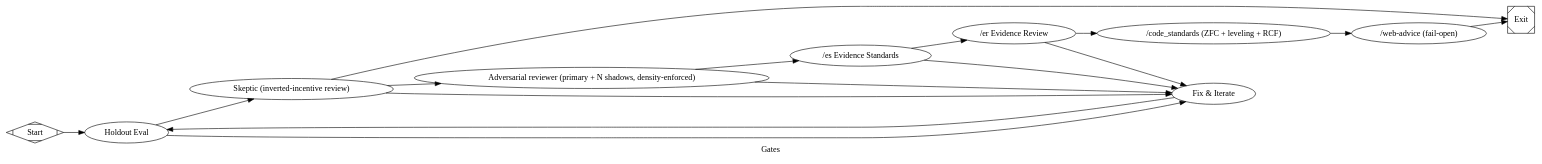
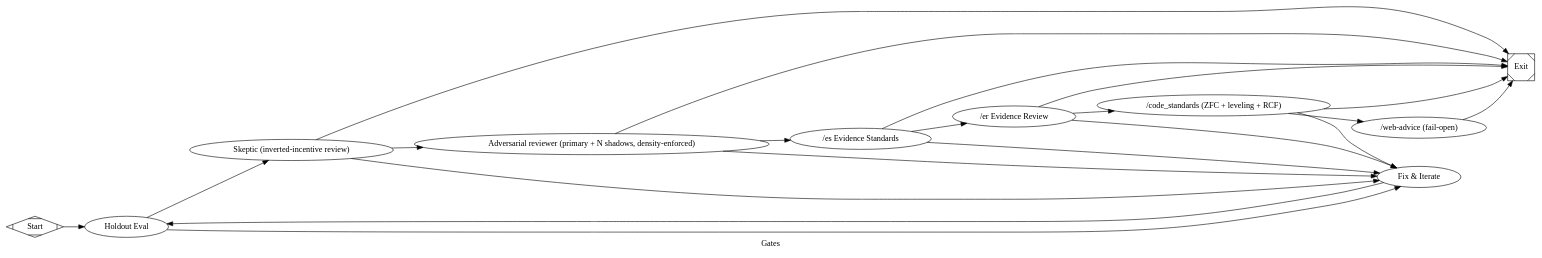
Before and after one commit to jleechanorg/dark-factory: the diagram in pipelines/factory/gates.dot, drawn with Graphviz. The commit also changed 17 other files, not shown here.

First line of the commit message:
fix(factory): fix node must only fire on an actionable finding [claude][claude-sonnet-5] (#832)

```diff
--- a/pipelines/factory/gates.dot
+++ b/pipelines/factory/gates.dot
@@ -1,130 +1,154 @@
 digraph gates {
     graph [
         goal="Full validation: holdout + 3 adversarial gates."
         level5="true"
         label="Gates"
         skip_explore="true"
         skip_plan="true"
         skip_implement="true"
     ]
     rankdir=LR
 
     start [shape=Mdiamond, label="Start"]
     exit  [shape=Msquare,  label="Exit"]
 
     holdout         [type="holdout_eval",        label="Holdout Eval", feature="hello", timeout=600]
     gate_skeptic [
         type="gate_skeptic",
         label="Skeptic (inverted-incentive review)",
         backend_priority="codex,minimax,agy,claude-sonnet",
         prefer_adversarial="true",
         max_retries=2,
         timeout=600
     ]
     adversarial_reviewer [
         type="parallel_reviewer",
         label="Adversarial reviewer (primary + N shadows, density-enforced)",
         review_contract="cold-review-v1",
         prompt="@prompts/slim/review_phase5_shadow.md",
         backend_priority="minimax,agy,codex,claude-sonnet",
         prefer_adversarial="true",
         n_shadows="3",
         gate_strict="true",
         receipt_required="true",
         timeout=600
     ]
     gate_es [
         type="gate_es",
         label="/es Evidence Standards",
         backend_priority="codex,minimax,agy,claude-sonnet",
         prefer_adversarial="true",
         gate_strict="true",
         timeout=600
     ]
     gate_er [
         type="gate_er",
         label="/er Evidence Review",
         backend_priority="codex,minimax,agy,claude-sonnet",
         prefer_adversarial="true",
         gate_strict="true",
         timeout=600
     ]
     gate_cs [
         type="gate_code_standards",
         label="/code_standards (ZFC + leveling + RCF)",
         backend_priority="codex,minimax,agy,claude-sonnet",
         prefer_adversarial="true",
         gate_strict="true",
         timeout=600
     ]
 
     // /web-advice fail-open advisory node
     web_advice [
         type="web_advice",
         label="/web-advice (fail-open)",
         prompt="@prompts/web_advice.txt",
         backend="claude",
         timeout=900,
         min_diff_lines="5",
         transport="auto",
         decision="continue",
         fail_open="true",
         description="Multi-model browser review (gemini/grok/chatgpt/perplexity) via real authenticated browser sessions. FAIL-OPEN: never blocks. Signal goes to CXDB + PR comment."
     ]
 
     // Bounded fix loop: any reviewer verdict other than success routes here
     // so the run can iterate on the artifact rather than terminating on a
     // first failure (per factory-evolve G2 fix-loop contract).
     fix [
         type="codergen",
         label="Fix & Iterate",
         class="fix",
         prompt="@prompts/slim/fix.md",
         max_visits="3",
         timeout=600
     ]
 
+    // dark-factory#828: `fix` must only fire on an actionable finding, not
+    // a gate that produced no real verdict at all or hit an infra problem
+    // — routing either there let the coder improvise destructively with a
+    // live PR checked out (real incident, 2026-08-30). Two distinct
+    // mechanisms below because gate_skeptic (bespoke RuleLoader/
+    // VerifierDispatcher implementation in
+    // runner/handler_universal_prompts.py) and the other four gates
+    // (route through runner/handler_verdict.py's `_parse_verdict` via
+    // `_run_gate_once`) are different code paths with different "no real
+    // verdict" signals:
+    //   - gate_skeptic: the `no_verdict=true` metadata flag (see the
+    //     comment just above its edges).
+    //   - adversarial_reviewer / gate_es / gate_er / gate_cs: a null/
+    //     unparseable verdict (e.g. `VERDICT: None`) normalizes to
+    //     outcome=error, NOT failure, in `_parse_verdict` — same bucket as
+    //     a genuine infra problem (backend missing, subprocess crash,
+    //     SHA-echo mismatch). Both route straight to exit — same "stop,
+    //     don't act" contract already used by web_advice's fail-open edge
+    //     below.
     start -> holdout
     holdout -> gate_skeptic [condition="outcome=success"]
     holdout -> fix         [condition="outcome!=success"]
 
     // Issue #827 Defect 1: a null/unparseable verdict is scored as its own
     // `inconclusive` outcome (see runner/handler_universal_prompts.py
     // _gate_skeptic), distinct from a real `failure` rejection. It is
     // retried up to `max_retries` times above (in-node, no extra graph
     // steps); if still inconclusive after that, there is no finding for
     // `fix` to act on, so this routes straight to `exit` instead — the
     // `_exit` handler (runner/handler_core.py) propagates a non-success
     // predecessor outcome rather than masking it as a pass, so
     // `final_outcome` never reads as a false "success"/"pass".
     //
     // The condition below matches on the `no_verdict` metadata flag, NOT
     // on `outcome=inconclusive` directly: the engine's
     // `_run_single_node` normalizes every Result's `.outcome` through
     // `_classify_outcome` before any edge condition sees it, and that
     // classifier buckets "inconclusive" into "failure" (same bucket as a
     // real rejection) — so an `outcome`-keyed condition could never tell
     // the two apart at routing time. `metadata` is untouched by that
     // normalization, which is also why this is not the `outcome!=success`
     // shape the G2 graph audit forbids on reviewer->exit edges: this
     // reroutes a non-actionable "no verdict produced" event, not a real
     // failure verdict, off the fix loop.
     gate_skeptic -> adversarial_reviewer [condition="outcome=success"]
     gate_skeptic -> exit                 [condition="no_verdict=true"]
     gate_skeptic -> fix                  [condition="outcome!=success and no_verdict!=true"]
 
     adversarial_reviewer -> gate_es [condition="outcome=success"]
-    adversarial_reviewer -> fix     [condition="outcome!=success"]
+    adversarial_reviewer -> fix     [condition="outcome=failure"]
+    adversarial_reviewer -> exit    [condition="outcome=error"]
 
     gate_es -> gate_er [condition="outcome=success"]
-    gate_es -> fix     [condition="outcome!=success"]
+    gate_es -> fix     [condition="outcome=failure"]
+    gate_es -> exit    [condition="outcome=error"]
 
     gate_er -> gate_cs [condition="outcome=success"]
-    gate_er -> fix     [condition="outcome!=success"]
+    gate_er -> fix     [condition="outcome=failure"]
+    gate_er -> exit    [condition="outcome=error"]
 
     gate_cs -> web_advice [condition="outcome=success"]
+    gate_cs -> fix        [condition="outcome=failure"]
+    gate_cs -> exit       [condition="outcome=error"]
 
     // Fail-open heart: single unconditional edge to exit.
     web_advice -> exit
     fix -> holdout
 }
```
